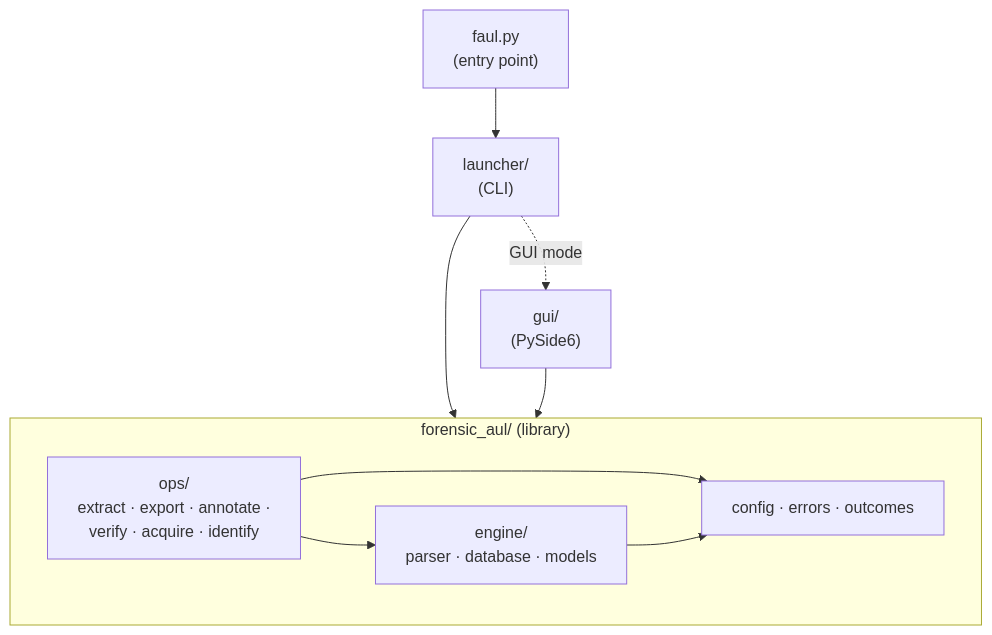
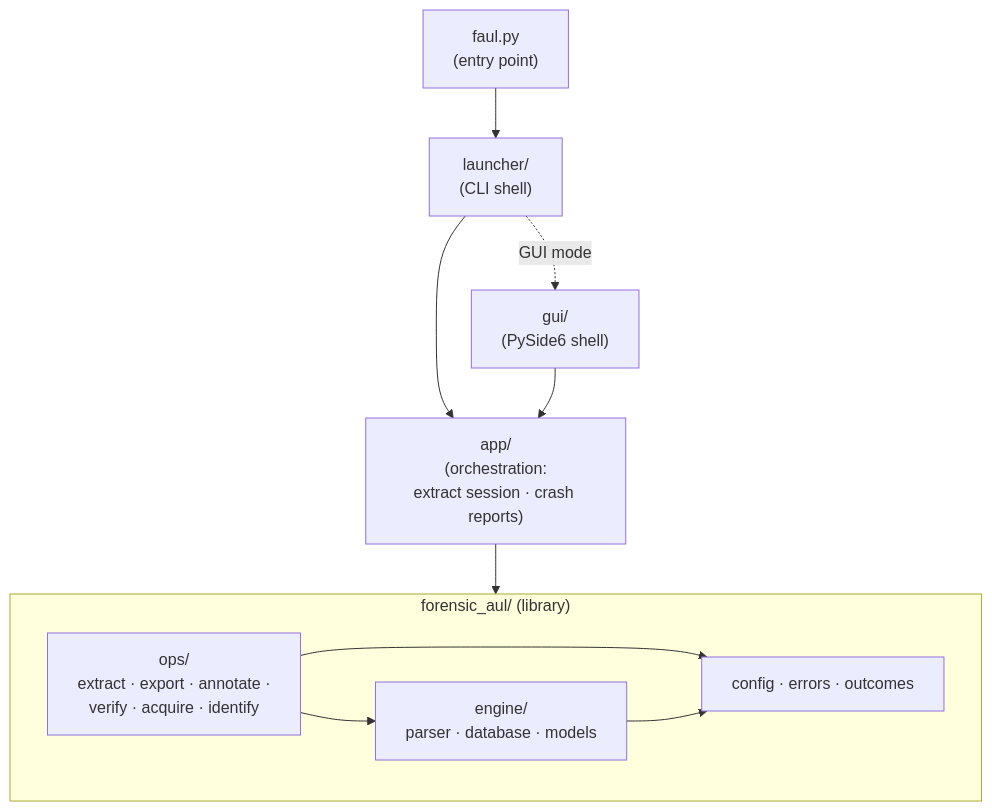
Before and after one commit to Ben0x0a/forensic-AUL: the second of 2 diagrams in README.md, drawn with Mermaid. The commit also changed other lines of this file and 10 other files, not shown here.

````diff
--- a/README.md
+++ b/README.md
@@ -365,17 +388,18 @@
 ```mermaid
 flowchart TD
-    faul["faul.py<br/>(entry point)"] --> launcher["launcher/<br/>(CLI)"]
-    launcher -.->|GUI mode| gui["gui/<br/>(PySide6)"]
-    launcher --> lib
-    gui --> lib
+    faul["faul.py<br/>(entry point)"] --> launcher["launcher/<br/>(CLI shell)"]
+    launcher -.->|GUI mode| gui["gui/<br/>(PySide6 shell)"]
+    launcher --> app
+    gui --> app
+    app["app/<br/>(orchestration:<br/>extract session · crash reports)"] --> lib
 
     subgraph lib["forensic_aul/ (library)"]
         direction LR
         ops["ops/<br/>extract · export · annotate ·<br/>verify · acquire · identify"]
         engine["engine/<br/>parser · database · models"]
         base["config · errors · outcomes"]
         ops --> engine
         ops --> base
         engine --> base
     end
 ```
````
